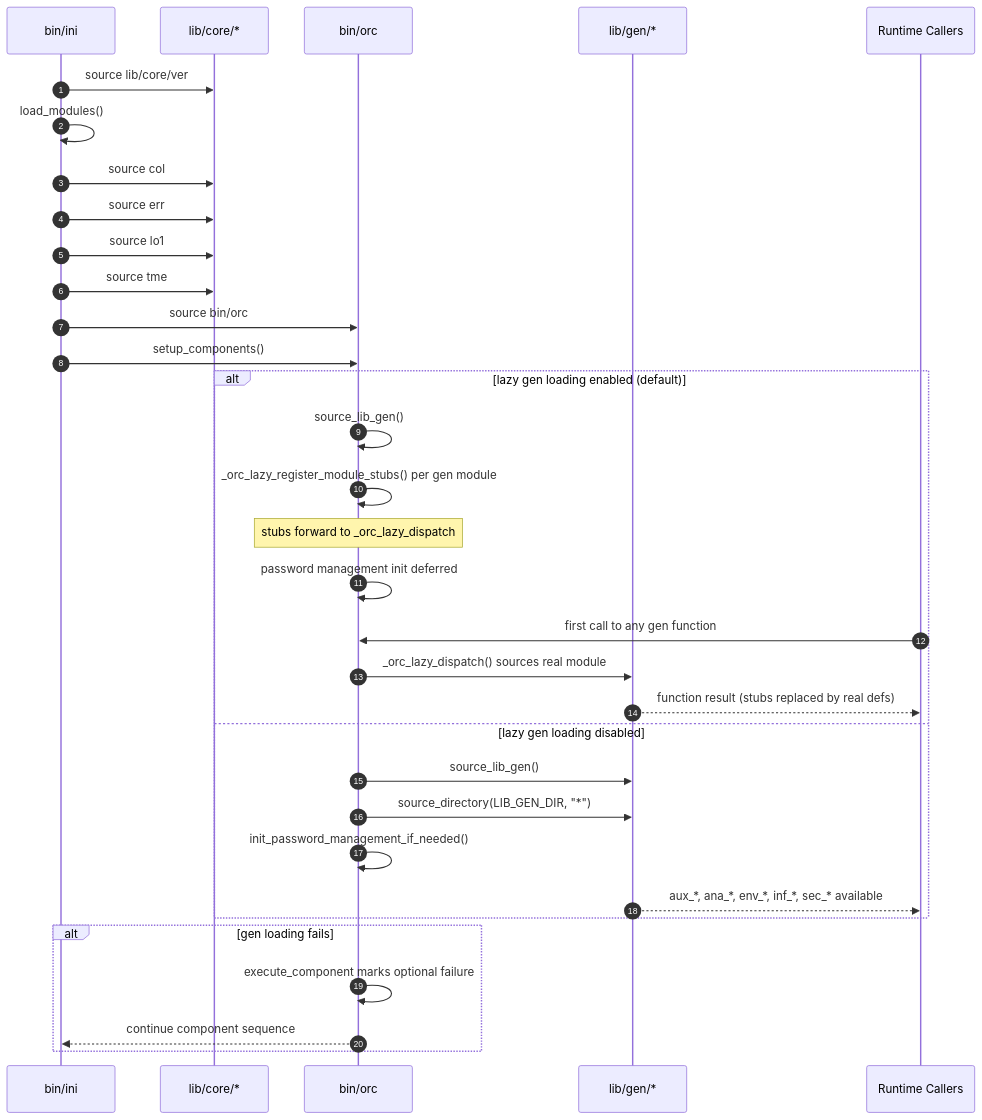
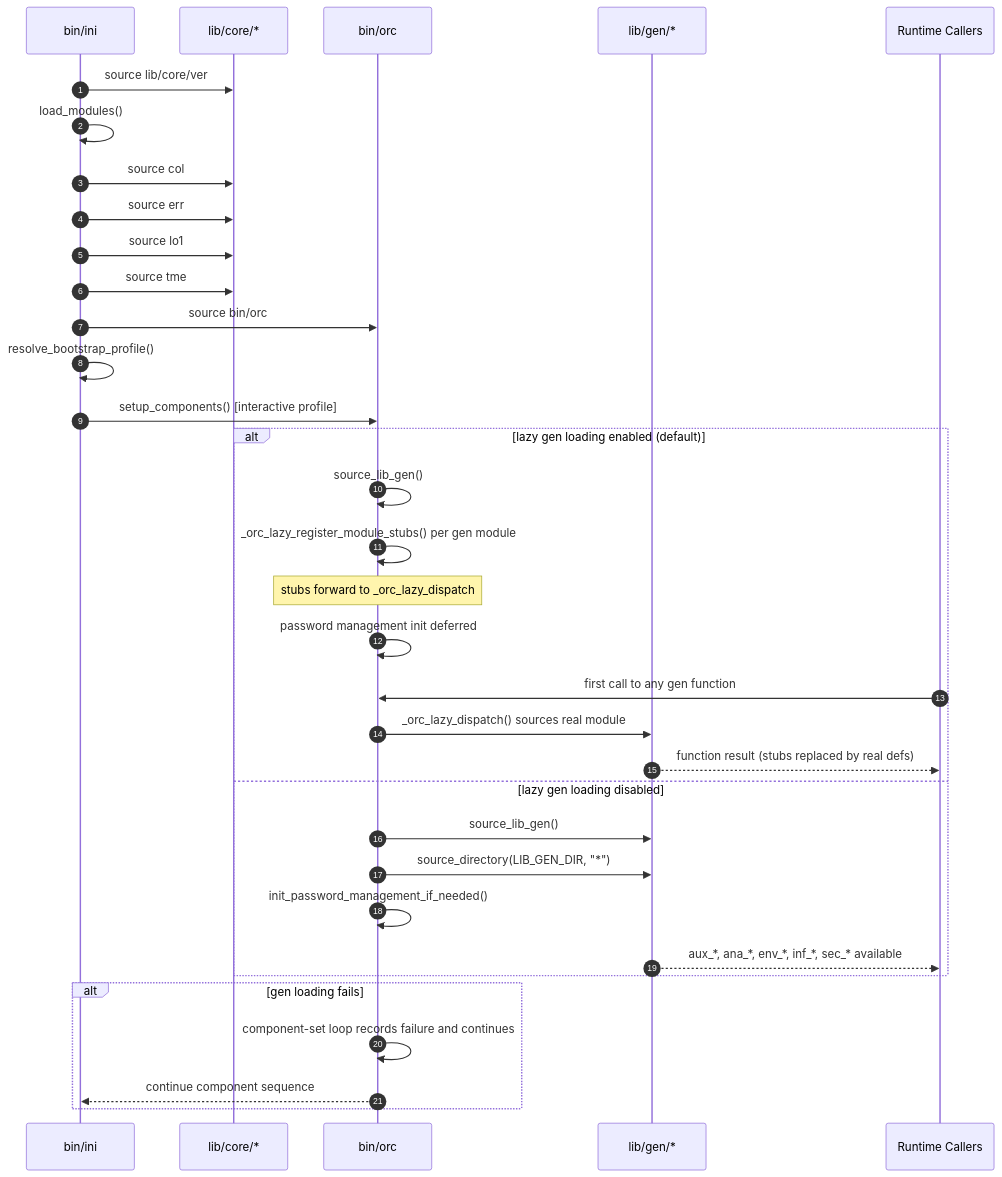
One commit to woeiru/lab changed the first of 2 diagrams in doc/arc/02-core-and-gen.md. Above: the diagram before and after it, drawn with Mermaid. The commit also changed other lines of this file and 9 other files, not shown here.

````diff
--- a/doc/arc/02-core-and-gen.md
+++ b/doc/arc/02-core-and-gen.md
@@ -26,38 +26,39 @@
 ```mermaid
 sequenceDiagram
     autonumber
     participant I as bin/ini
     participant C as lib/core/*
     participant O as bin/orc
     participant G as lib/gen/*
     participant R as Runtime Callers
 
     I->>C: source lib/core/ver
     I->>I: load_modules()
     I->>C: source col
     I->>C: source err
     I->>C: source lo1
     I->>C: source tme
     I->>O: source bin/orc
-    I->>O: setup_components()
+    I->>I: resolve_bootstrap_profile()
+    I->>O: setup_components() [interactive profile]
 
     alt lazy gen loading enabled (default)
         O->>O: source_lib_gen()
         O->>O: _orc_lazy_register_module_stubs() per gen module
         Note over O: stubs forward to _orc_lazy_dispatch
         O->>O: password management init deferred
         R->>O: first call to any gen function
         O->>G: _orc_lazy_dispatch() sources real module
         G-->>R: function result (stubs replaced by real defs)
     else lazy gen loading disabled
         O->>G: source_lib_gen()
         O->>G: source_directory(LIB_GEN_DIR, "*")
         O->>O: init_password_management_if_needed()
         G-->>R: aux_*, ana_*, env_*, inf_*, sec_* available
     end
 
     alt gen loading fails
-        O->>O: execute_component marks optional failure
+        O->>O: component-set loop records failure and continues
         O-->>I: continue component sequence
     end
 ```
````
